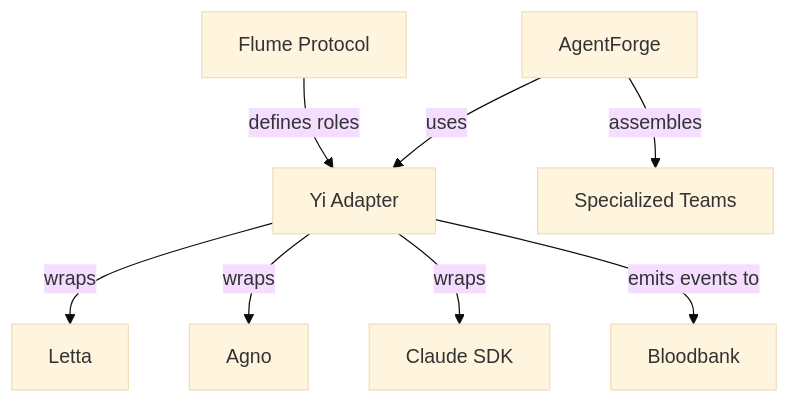
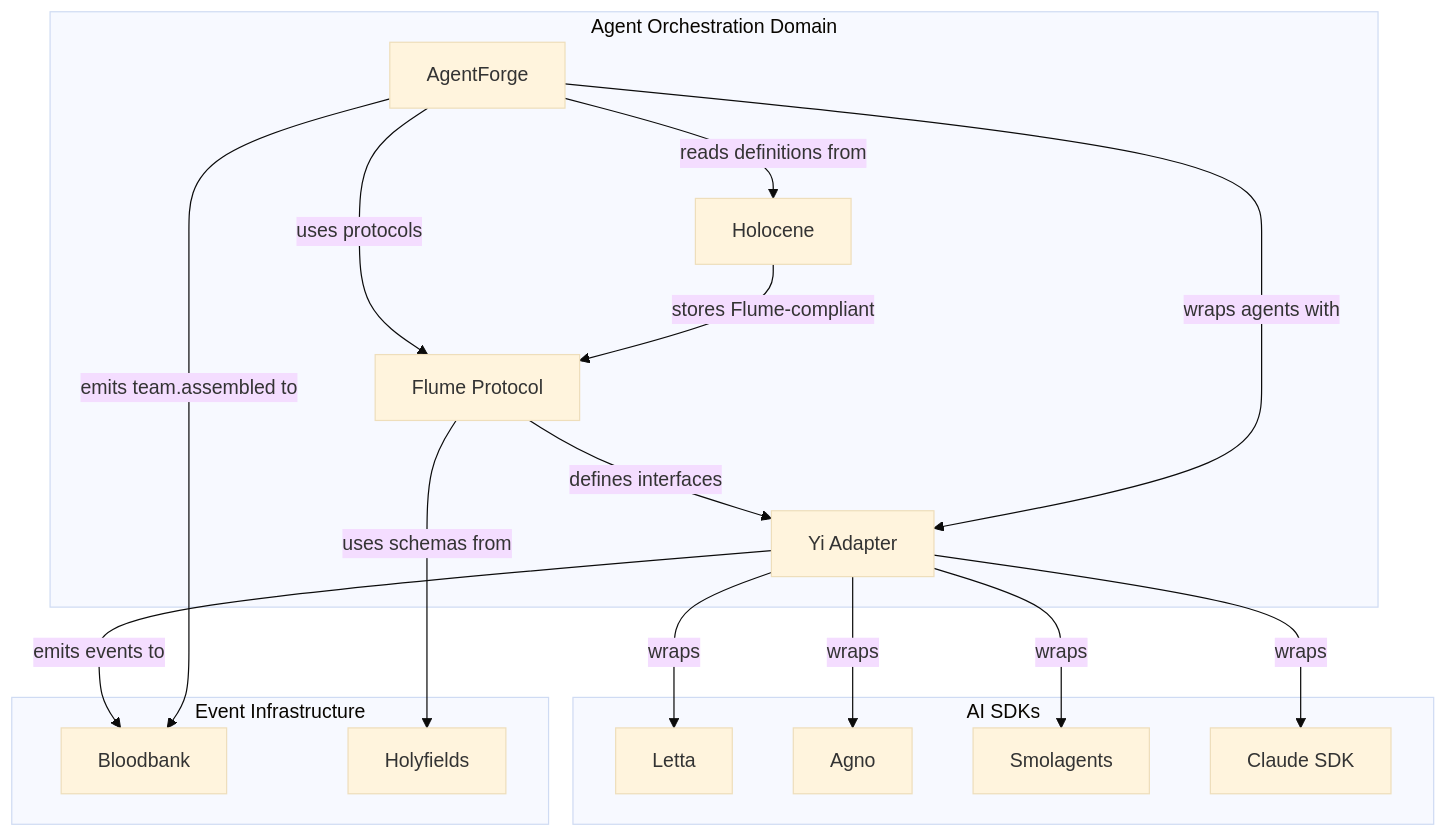
One commit to delorenj/33GOD changed the diagram in docs/domains/agent-orchestration.md. Above: the diagram before and after it, drawn with Mermaid (base theme). The commit also changed other lines of this file and 5 other files, not shown here.

````diff
--- a/docs/domains/agent-orchestration.md
+++ b/docs/domains/agent-orchestration.md
@@ -25,10 +447,37 @@
 ```mermaid
-graph TD
-    FL[Flume Protocol] -->|defines roles| YI[Yi Adapter]
-    YI -->|wraps| LETTA[Letta]
-    YI -->|wraps| AGNO[Agno]
-    YI -->|wraps| CLAUDE[Claude SDK]
-    AF[AgentForge] -->|uses| YI
-    AF -->|assembles| TEAMS[Specialized Teams]
-    YI -->|emits events to| BB[Bloodbank]
+graph TB
+    subgraph "Agent Orchestration Domain"
+        FL[Flume Protocol]
+        YI[Yi Adapter]
+        AF[AgentForge]
+        HC[Holocene]
+    end
+
+    subgraph "AI SDKs"
+        LETTA[Letta]
+        AGNO[Agno]
+        SMOL[Smolagents]
+        CLAUDE[Claude SDK]
+    end
+
+    subgraph "Event Infrastructure"
+        BB[Bloodbank]
+        HF[Holyfields]
+    end
+
+    FL -->|"defines interfaces"| YI
+    YI -->|"wraps"| LETTA
+    YI -->|"wraps"| AGNO
+    YI -->|"wraps"| SMOL
+    YI -->|"wraps"| CLAUDE
+
+    AF -->|"uses protocols"| FL
+    AF -->|"wraps agents with"| YI
+    AF -->|"reads definitions from"| HC
+
+    HC -->|"stores Flume-compliant"| FL
+
+    YI -->|"emits events to"| BB
+    AF -->|"emits team.assembled to"| BB
+    FL -->|"uses schemas from"| HF
 ```
````
